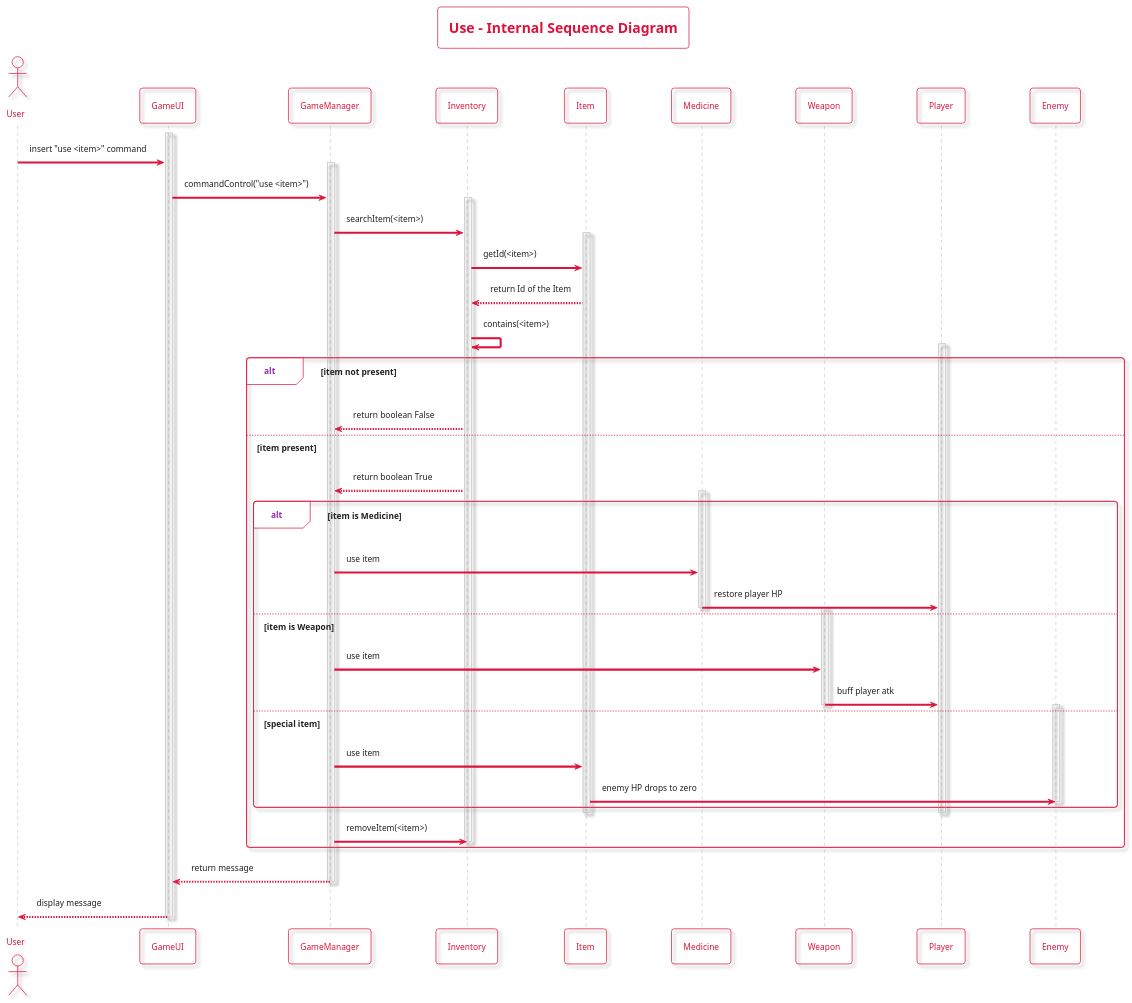
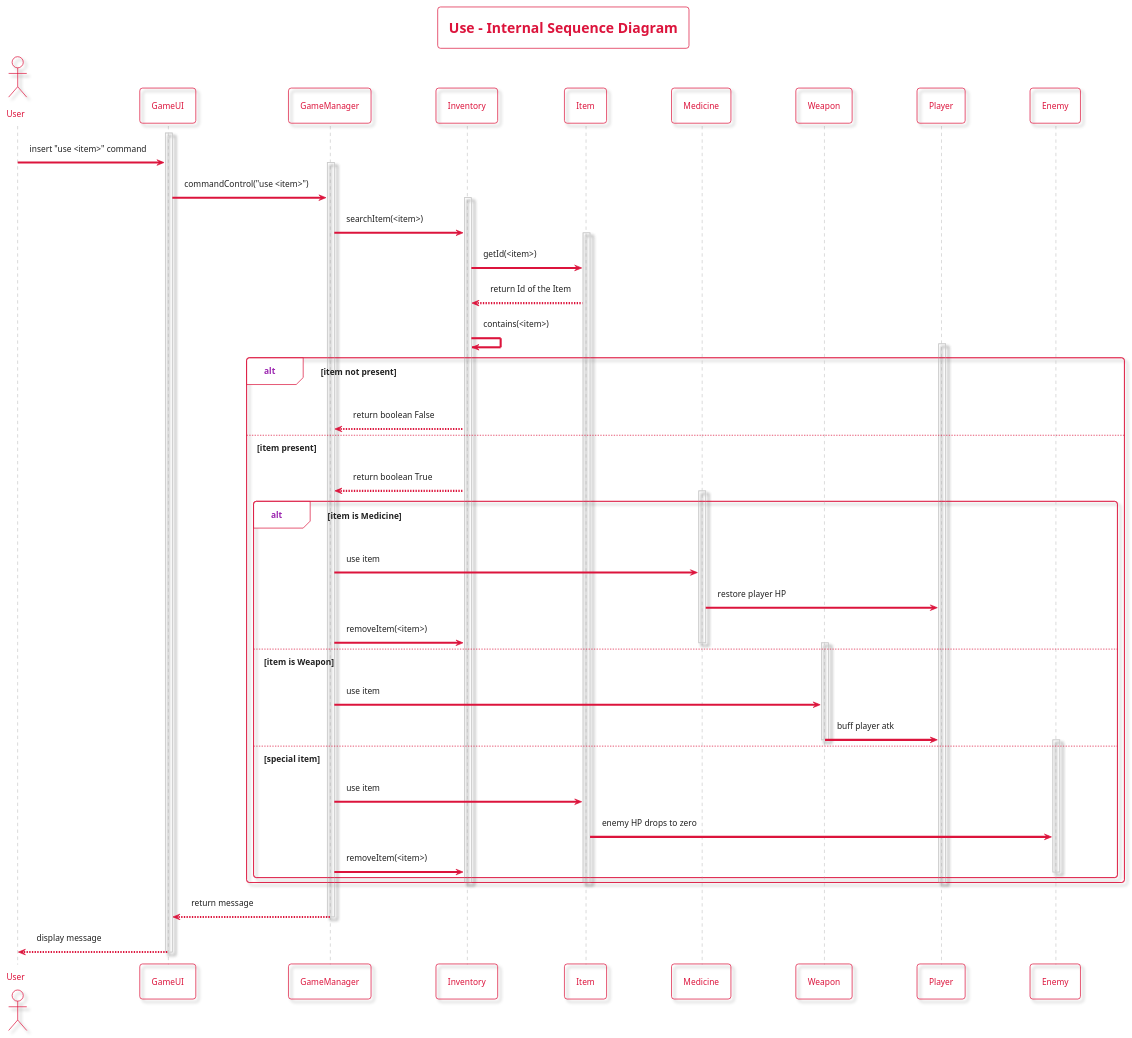
Before and after one commit to LimeiGuan/Text_Adventure_Game: the diagram in docs/uml/UseInternalSequenceDiagram.plantuml, drawn with PlantUML.

```diff
--- a/docs/uml/UseInternalSequenceDiagram.plantuml
+++ b/docs/uml/UseInternalSequenceDiagram.plantuml
@@ -1,87 +1,87 @@
 @startuml UseInternalSequenceDiagram
 
 !theme materia-outline
 
 skinparam ArrowColor #DC143C
 skinparam BackgroundColor #FFFFFF
 
 skinparam titleBorderColor #DC143C
 skinparam titleFontColor #DC143C
 
 skinparam ActorBorderColor #DC143C
 skinparam ActorFontColor #DC143C
 
 skinparam ParticipantFontColor #DC143C
 skinparam ParticipantBorderColor #DC143C
 
 skinparam SequenceGroupBorderColor #DC143C
 
 title Use - Internal Sequence Diagram
 
 actor User
 participant GameUI
 participant GameManager
 participant Inventory
 participant Item
 participant Medicine
 participant Weapon
 participant Player
 participant Enemy
 
 activate GameUI
 User -> GameUI : insert "use <item>" command
 
 activate GameManager
 GameUI -> GameManager : commandControl("use <item>")
 
 activate Inventory
 GameManager -> Inventory : searchItem(<item>)
 
 activate Item
 Inventory -> Item : getId(<item>)
 Item --> Inventory : return Id of the Item
 
 Inventory -> Inventory : contains(<item>)
 activate Player
 
   alt item not present
     Inventory --> GameManager : return boolean False
 
   else item present
     Inventory --> GameManager : return boolean True
 
     alt item is Medicine
       activate Medicine
       GameManager -> Medicine : use item
       Medicine -> Player : restore player HP
+      GameManager -> Inventory : removeItem(<item>)
       deactivate Medicine
 
     else item is Weapon
       activate Weapon
       GameManager -> Weapon : use item
       Weapon -> Player : buff player atk
       deactivate Weapon
 
     else special item
       activate Enemy
       GameManager -> Item : use item
       Item -> Enemy : enemy HP drops to zero
+      GameManager -> Inventory : removeItem(<item>)
       deactivate Enemy
     
     end
 
     deactivate Player
     deactivate Item
-
-    GameManager -> Inventory : removeItem(<item>)
     deactivate Inventory
 
   end
 
 
 GameManager --> GameUI : return message
 deactivate GameManager
 GameUI --> User : display message 
 deactivate GameUI
 
 @enduml
```
